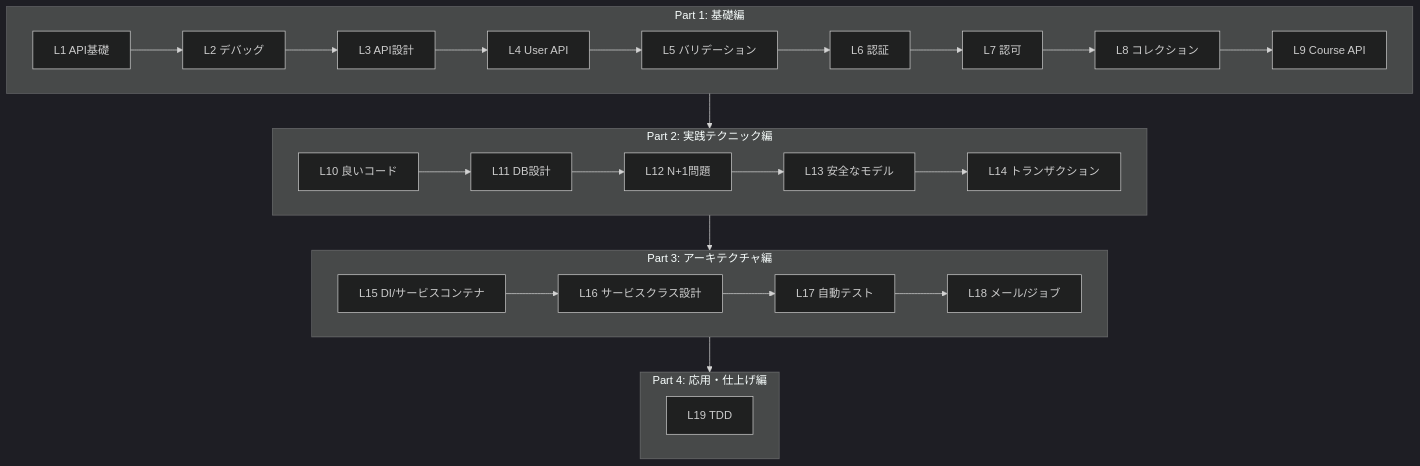
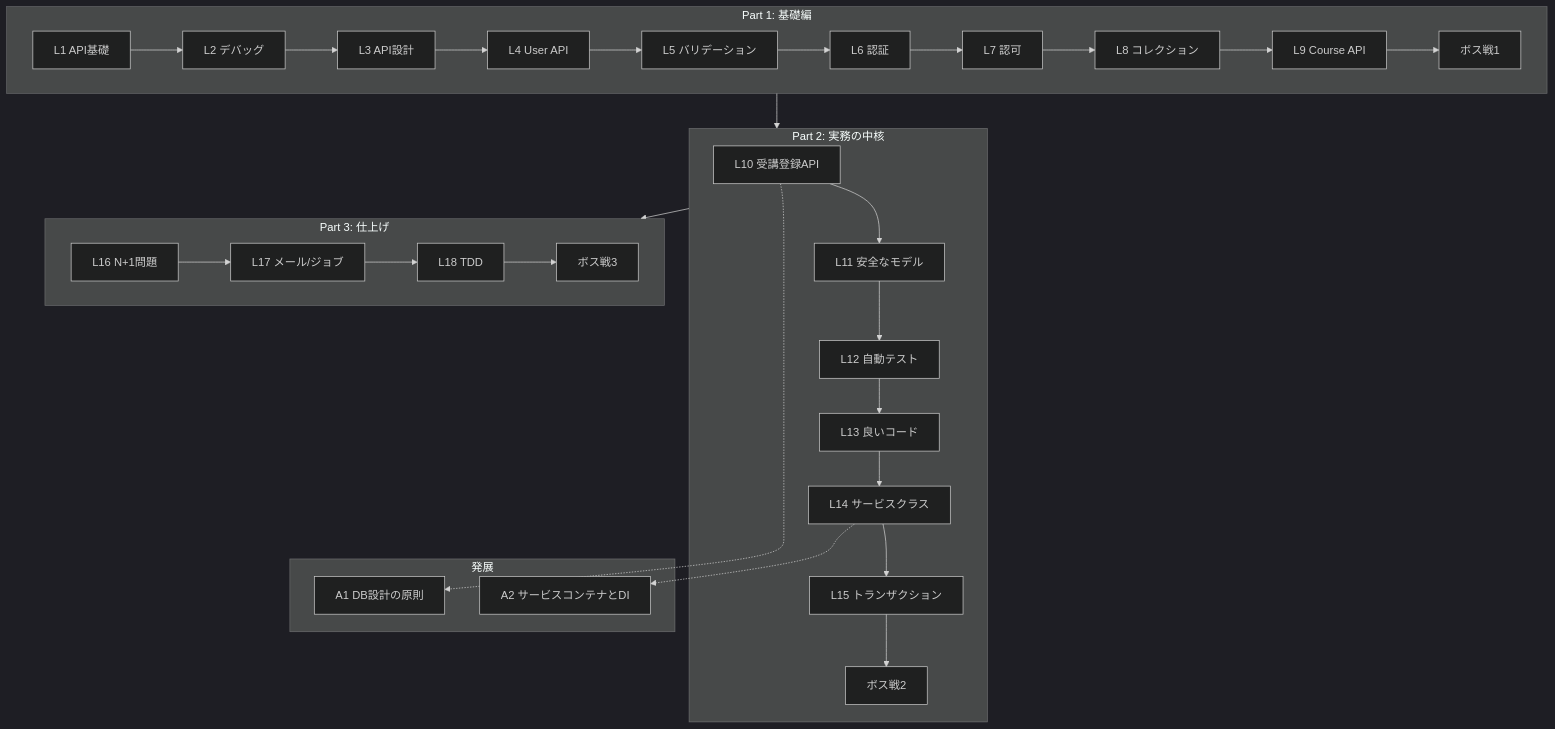
Before and after one commit to kou-tech/laravel-lesson: the diagram in lessons/backend/README.md, drawn with Mermaid (dark theme). The commit also changed other lines of this file and 18 other files, not shown here.

````diff
--- a/lessons/backend/README.md
+++ b/lessons/backend/README.md
@@ -94,34 +101,39 @@
 ```mermaid
 graph TD
     subgraph Part1["Part 1: 基礎編"]
         L1[L1 API基礎] --> L2[L2 デバッグ]
         L2 --> L3[L3 API設計]
         L3 --> L4[L4 User API]
         L4 --> L5[L5 バリデーション]
         L5 --> L6[L6 認証]
         L6 --> L7[L7 認可]
         L7 --> L8[L8 コレクション]
         L8 --> L9[L9 Course API]
+        L9 --> B1[ボス戦1]
     end
 
-    subgraph Part2["Part 2: 実践テクニック編"]
-        L10[L10 良いコード] --> L11[L11 DB設計]
-        L11 --> L12[L12 N+1問題]
-        L12 --> L13[L13 安全なモデル]
-        L13 --> L14[L14 トランザクション]
+    subgraph Part2["Part 2: 実務の中核"]
+        L10[L10 受講登録API] --> L11[L11 安全なモデル]
+        L11 --> L12[L12 自動テスト]
+        L12 --> L13[L13 良いコード]
+        L13 --> L14[L14 サービスクラス]
+        L14 --> L15[L15 トランザクション]
+        L15 --> B2[ボス戦2]
     end
 
-    subgraph Part3["Part 3: アーキテクチャ編"]
-        L15[L15 DI/サービスコンテナ] --> L16[L16 サービスクラス設計]
-        L16 --> L17[L17 自動テスト]
-        L17 --> L18[L18 メール/ジョブ]
+    subgraph Part3["Part 3: 仕上げ"]
+        L16[L16 N+1問題] --> L17[L17 メール/ジョブ]
+        L17 --> L18[L18 TDD]
+        L18 --> B3[ボス戦3]
     end
 
-    subgraph Part4["Part 4: 応用・仕上げ編"]
-        L19[L19 TDD]
+    subgraph Advanced["発展"]
+        A1[A1 DB設計の原則]
+        A2[A2 サービスコンテナとDI]
     end
 
     Part1 --> Part2
     Part2 --> Part3
-    Part3 --> Part4
+    L10 -.-> A1
+    L14 -.-> A2
 ```
````
